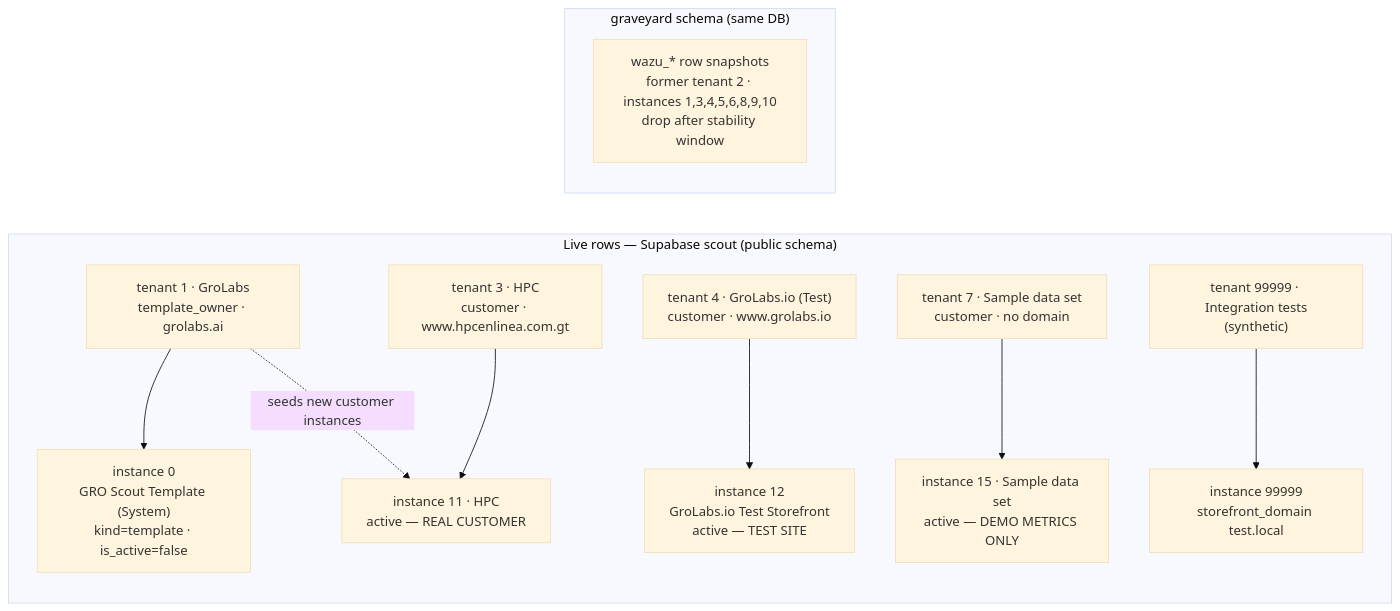
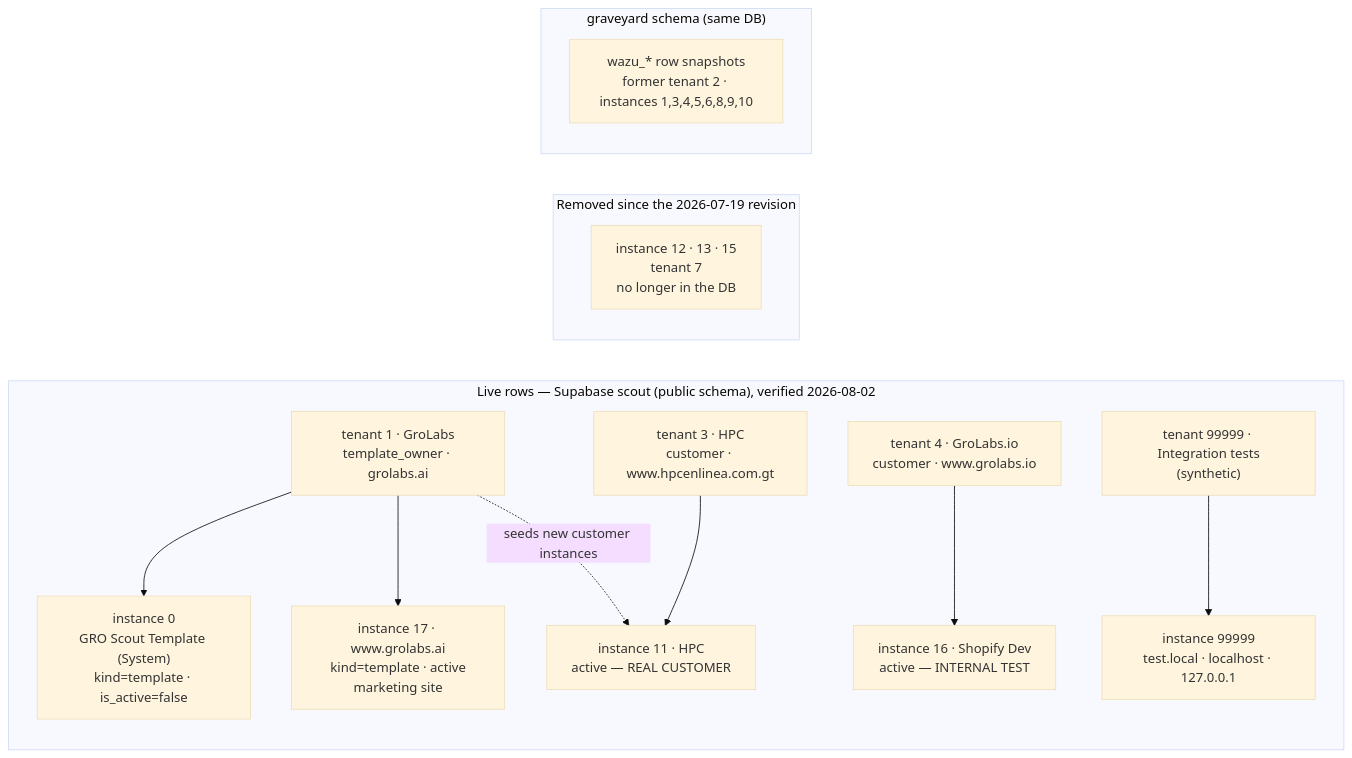
The diagram in docs/state/instances.md (grolabsai/grolabs-app), drawn with Mermaid (base theme) before and after one commit. The commit also changed other lines of this file and 5 other files, not shown here.

````diff
--- a/docs/state/instances.md
+++ b/docs/state/instances.md
@@ -92,14 +127,17 @@
 ```mermaid
 flowchart LR
-  subgraph live["Live rows — Supabase scout (public schema)"]
+  subgraph live["Live rows — Supabase scout (public schema), verified 2026-08-02"]
     T1["tenant 1 · GroLabs<br/>template_owner · grolabs.ai"] --> I0["instance 0<br/>GRO Scout Template (System)<br/>kind=template · is_active=false"]
+    T1 --> I17["instance 17 · www.grolabs.ai<br/>kind=template · active<br/>marketing site"]
     T3["tenant 3 · HPC<br/>customer · www.hpcenlinea.com.gt"] --> I11["instance 11 · HPC<br/>active — REAL CUSTOMER"]
-    T4["tenant 4 · GroLabs.io (Test)<br/>customer · www.grolabs.io"] --> I12["instance 12<br/>GroLabs.io Test Storefront<br/>active — TEST SITE"]
-    T7["tenant 7 · Sample data set<br/>customer · no domain"] --> I15["instance 15 · Sample data set<br/>active — DEMO METRICS ONLY"]
-    T9["tenant 99999 · Integration tests<br/>(synthetic)"] --> I9["instance 99999<br/>storefront_domain test.local"]
+    T4["tenant 4 · GroLabs.io<br/>customer · www.grolabs.io"] --> I16["instance 16 · Shopify Dev<br/>active — INTERNAL TEST"]
+    T9["tenant 99999 · Integration tests<br/>(synthetic)"] --> I9["instance 99999<br/>test.local · localhost · 127.0.0.1"]
+  end
+  subgraph gone["Removed since the 2026-07-19 revision"]
+    X["instance 12 · 13 · 15<br/>tenant 7<br/>no longer in the DB"]
   end
   subgraph graveyard["graveyard schema (same DB)"]
-    W["wazu_* row snapshots<br/>former tenant 2 · instances 1,3,4,5,6,8,9,10<br/>drop after stability window"]
+    W["wazu_* row snapshots<br/>former tenant 2 · instances 1,3,4,5,6,8,9,10"]
   end
   T1 -.->|seeds new customer instances| I11
 ```
````
